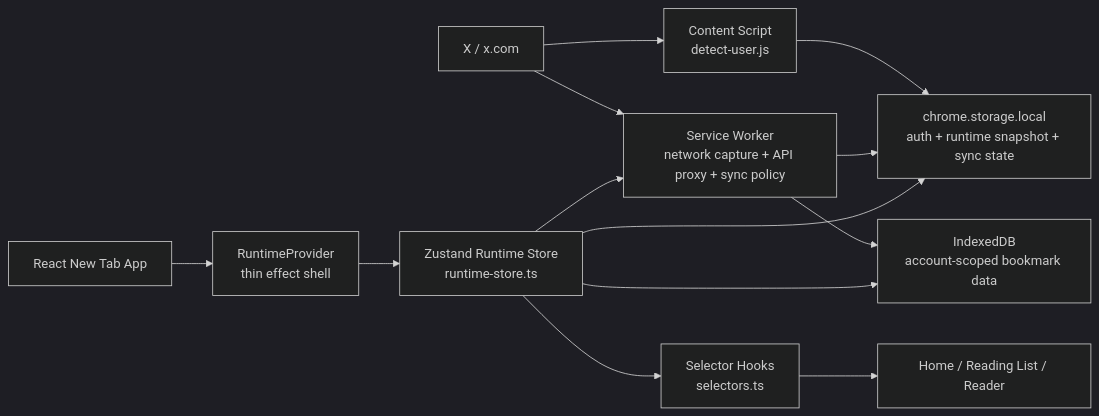
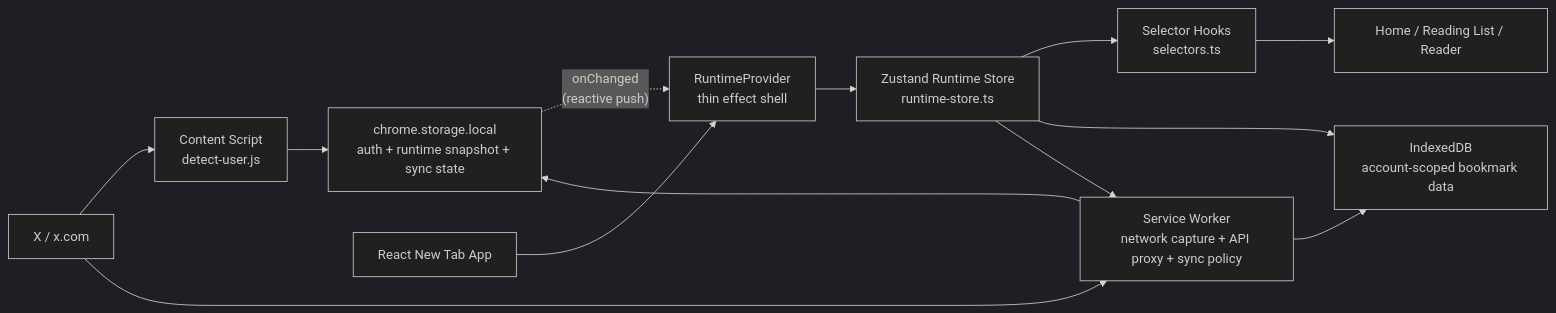
The first of 15 diagrams in ARCHITECTURE.md (nnnkit/totem), drawn with Mermaid (dark theme) before and after one commit. The commit also changed other lines of this file and 2 other files, not shown here.

Commit message:
docs: refresh architecture doc for post-refactor state; add visual diagrams

````diff
--- a/ARCHITECTURE.md
+++ b/ARCHITECTURE.md
@@ -14,15 +14,15 @@
 ```mermaid
 flowchart LR
   X["X / x.com"] --> CS["Content Script<br/>detect-user.js"]
   X --> SW["Service Worker<br/>network capture + API proxy + sync policy"]
   CS --> CL["chrome.storage.local<br/>auth + runtime snapshot + sync state"]
   SW --> CL
   SW --> IDB["IndexedDB<br/>account-scoped bookmark data"]
   APP["React New Tab App"] --> RP["RuntimeProvider<br/>thin effect shell"]
   RP --> STORE["Zustand Runtime Store<br/>runtime-store.ts"]
   STORE --> SEL["Selector Hooks<br/>selectors.ts"]
   SEL --> UI["Home / Reading List / Reader"]
   STORE --> IDB
   STORE --> SW
-  STORE --> CL
+  CL -.->|"onChanged<br/>(reactive push)"| RP
 ```
````
